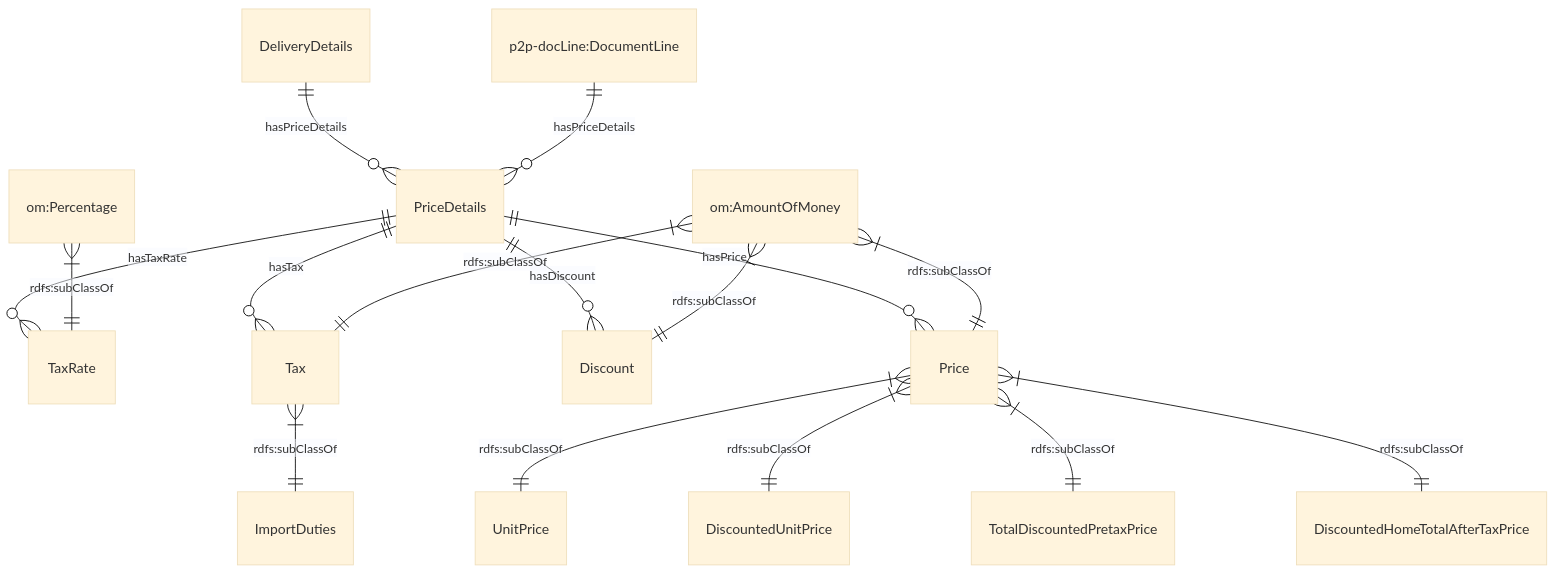
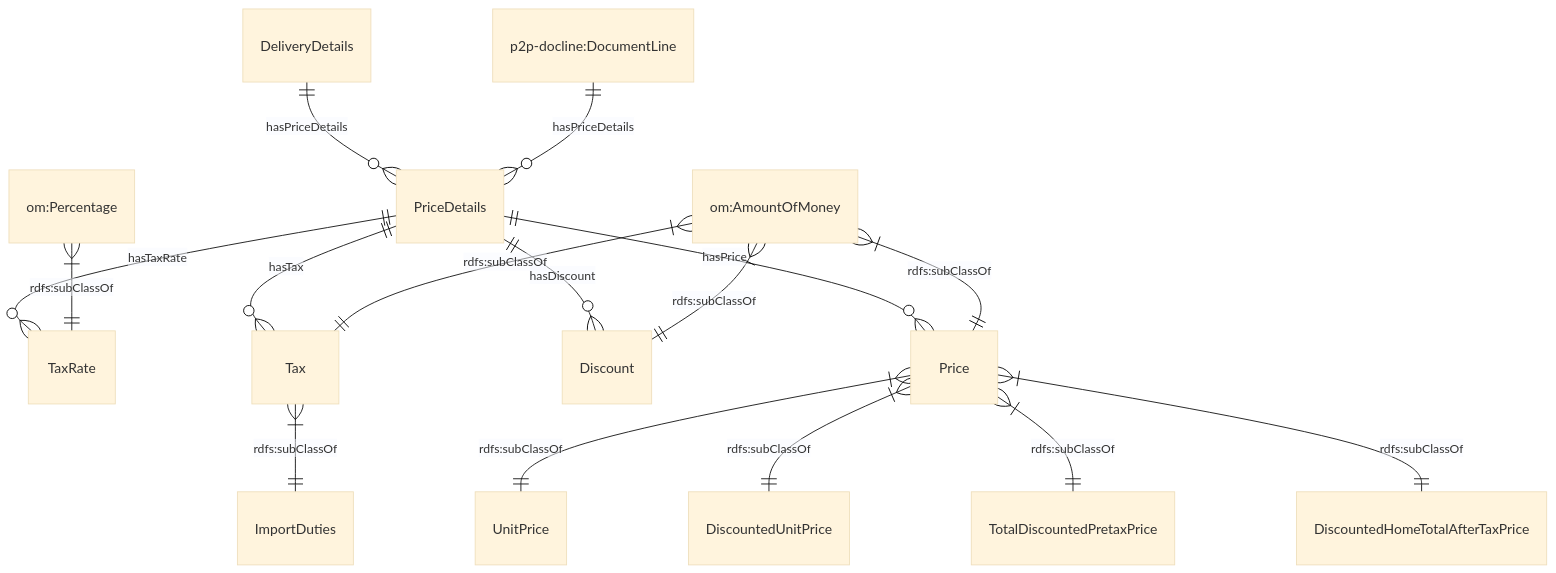
Before and after one commit to cambridge-cares/TheWorldAvatar: the fifth of 8 diagrams in JPS_Ontology/ontology/ontoassetmanagement/README.MD, drawn with Mermaid (base theme). The commit also changed other lines of this file, not shown here.

````diff
--- a/JPS_Ontology/ontology/ontoassetmanagement/README.MD
+++ b/JPS_Ontology/ontology/ontoassetmanagement/README.MD
@@ -115,18 +119,18 @@
 ```mermaid
     erDiagram
     "DeliveryDetails" ||--o{ "PriceDetails" : hasPriceDetails
-    "p2p-docLine:DocumentLine" ||--o{ "PriceDetails" : hasPriceDetails
+    "p2p-docline:DocumentLine" ||--o{ "PriceDetails" : hasPriceDetails
     "PriceDetails" ||--o{ "TaxRate" : hasTaxRate
     "om:Percentage" }|--|| "TaxRate" : "rdfs:subClassOf"
     "PriceDetails" ||--o{ "Tax" : hasTax
     "om:AmountOfMoney" }|--|| "Tax" : "rdfs:subClassOf"
     "Tax" }|--|| "ImportDuties" : "rdfs:subClassOf"
     "PriceDetails" ||--o{ "Discount" : hasDiscount
     "om:AmountOfMoney" }|--|| "Discount" : "rdfs:subClassOf"
     "PriceDetails" ||--o{ "Price" : hasPrice
     "om:AmountOfMoney" }|--|| "Price" : "rdfs:subClassOf"
     "Price" }|--|| "UnitPrice" : "rdfs:subClassOf"
     "Price" }|--|| "DiscountedUnitPrice" : "rdfs:subClassOf"
     "Price" }|--|| "TotalDiscountedPretaxPrice" : "rdfs:subClassOf"
     "Price" }|--|| "DiscountedHomeTotalAfterTaxPrice" : "rdfs:subClassOf"
 ```
````
